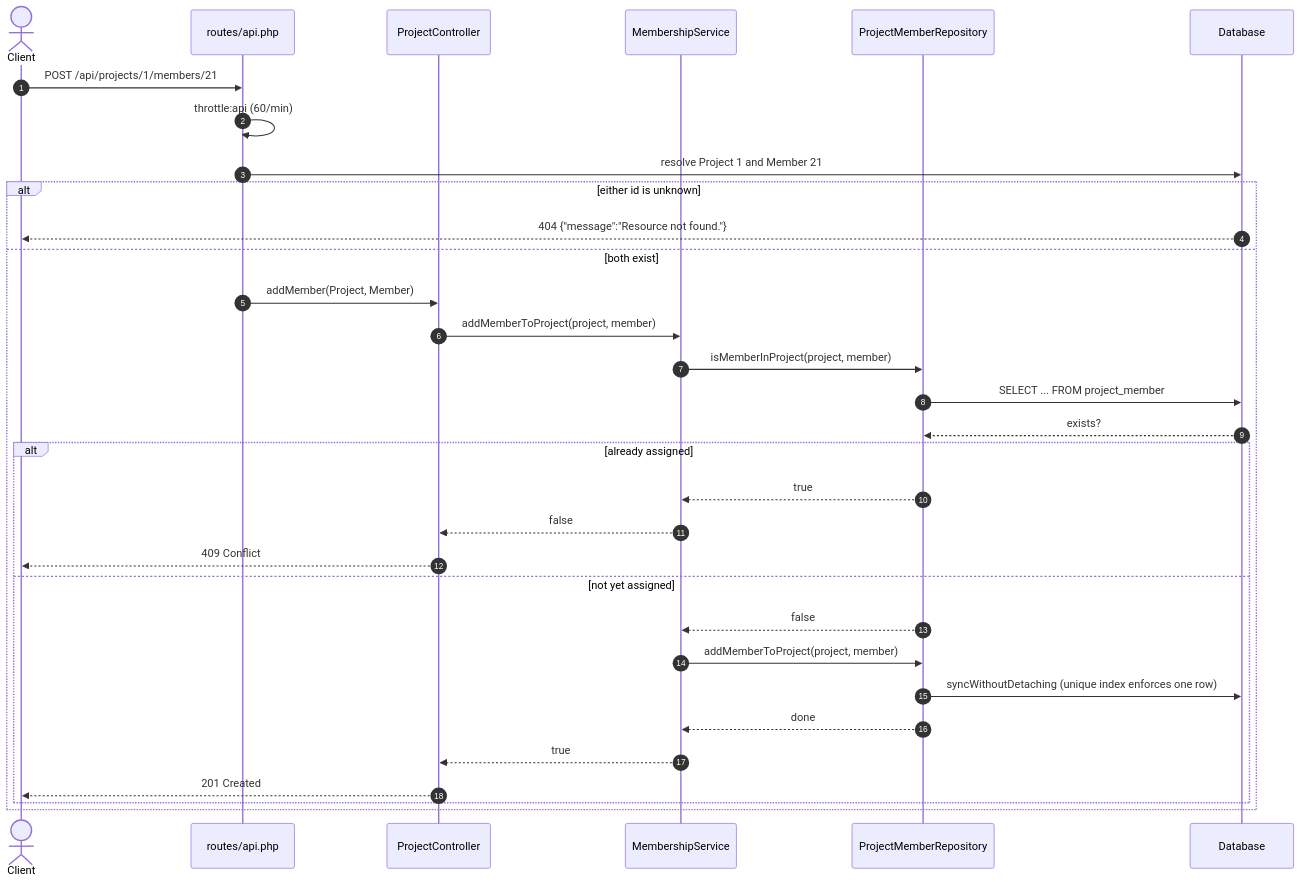
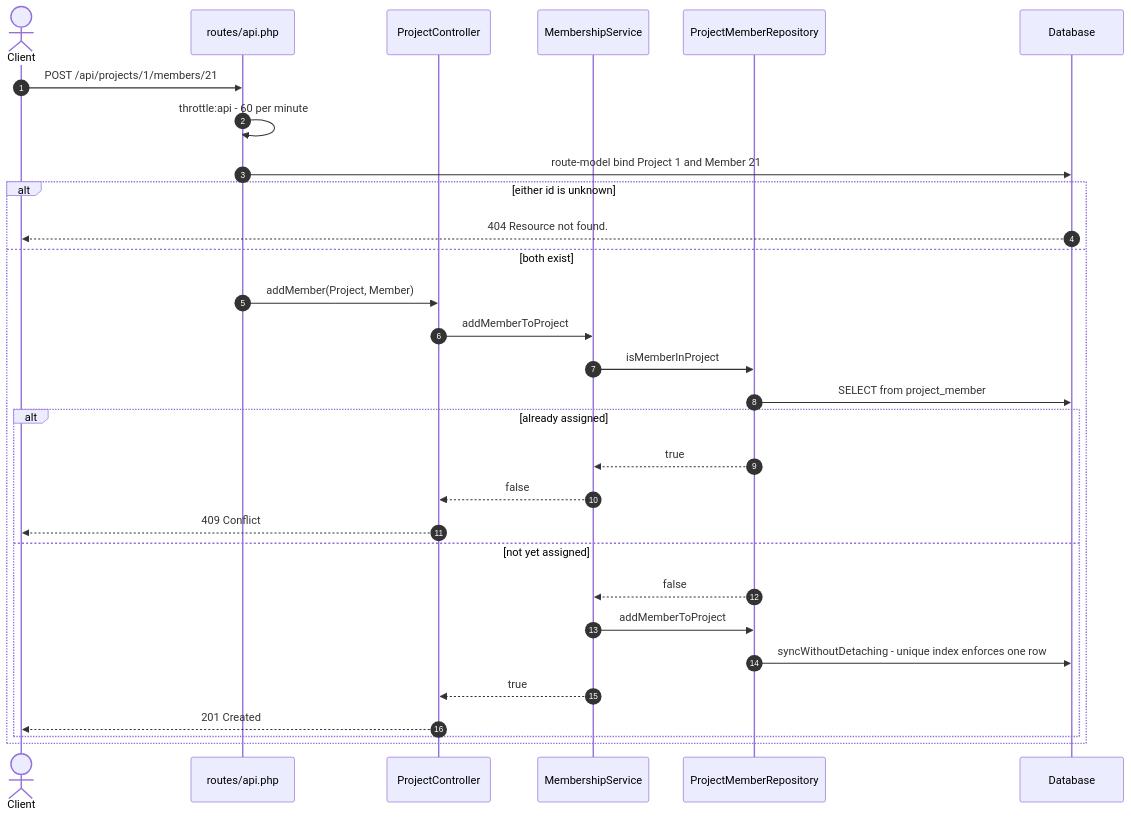
Before and after one commit to TCMS31/laravel-sprintfwd-takehome: the second of 2 diagrams in README.md, drawn with Mermaid. The commit also changed other lines of this file, not shown here.

````diff
--- a/README.md
+++ b/README.md
@@ -179,35 +116,33 @@
 ```mermaid
 sequenceDiagram
     autonumber
     actor Client
     participant Router as routes/api.php
     participant Ctrl as ProjectController
     participant Svc as MembershipService
     participant Repo as ProjectMemberRepository
     participant DB as Database
 
     Client->>Router: POST /api/projects/1/members/21
-    Router->>Router: throttle:api (60/min)
-    Router->>DB: resolve Project 1 and Member 21
+    Router->>Router: throttle:api - 60 per minute
+    Router->>DB: route-model bind Project 1 and Member 21
     alt either id is unknown
-        DB-->>Client: 404 {"message":"Resource not found."}
+        DB-->>Client: 404 Resource not found.
     else both exist
         Router->>Ctrl: addMember(Project, Member)
-        Ctrl->>Svc: addMemberToProject(project, member)
-        Svc->>Repo: isMemberInProject(project, member)
-        Repo->>DB: SELECT ... FROM project_member
-        DB-->>Repo: exists?
+        Ctrl->>Svc: addMemberToProject
+        Svc->>Repo: isMemberInProject
+        Repo->>DB: SELECT from project_member
         alt already assigned
             Repo-->>Svc: true
             Svc-->>Ctrl: false
             Ctrl-->>Client: 409 Conflict
         else not yet assigned
             Repo-->>Svc: false
-            Svc->>Repo: addMemberToProject(project, member)
-            Repo->>DB: syncWithoutDetaching (unique index enforces one row)
-            Repo-->>Svc: done
+            Svc->>Repo: addMemberToProject
+            Repo->>DB: syncWithoutDetaching - unique index enforces one row
             Svc-->>Ctrl: true
             Ctrl-->>Client: 201 Created
         end
     end
 ```
````
